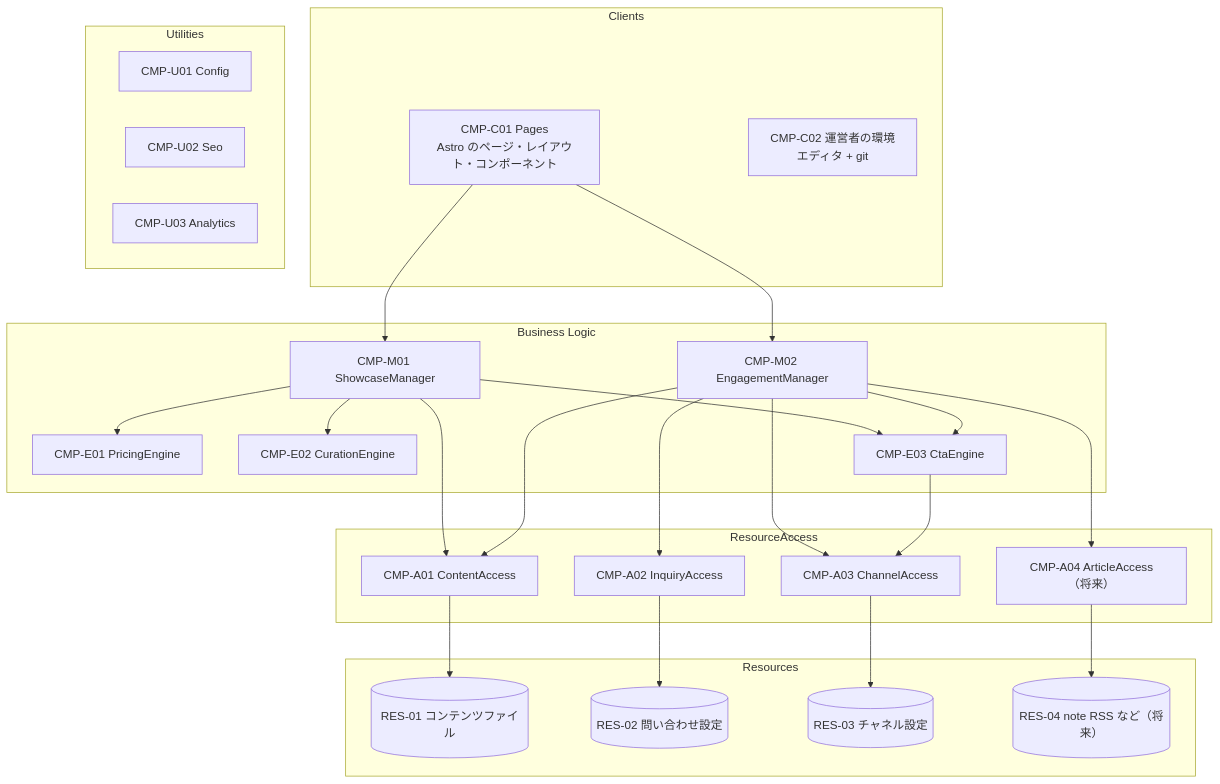
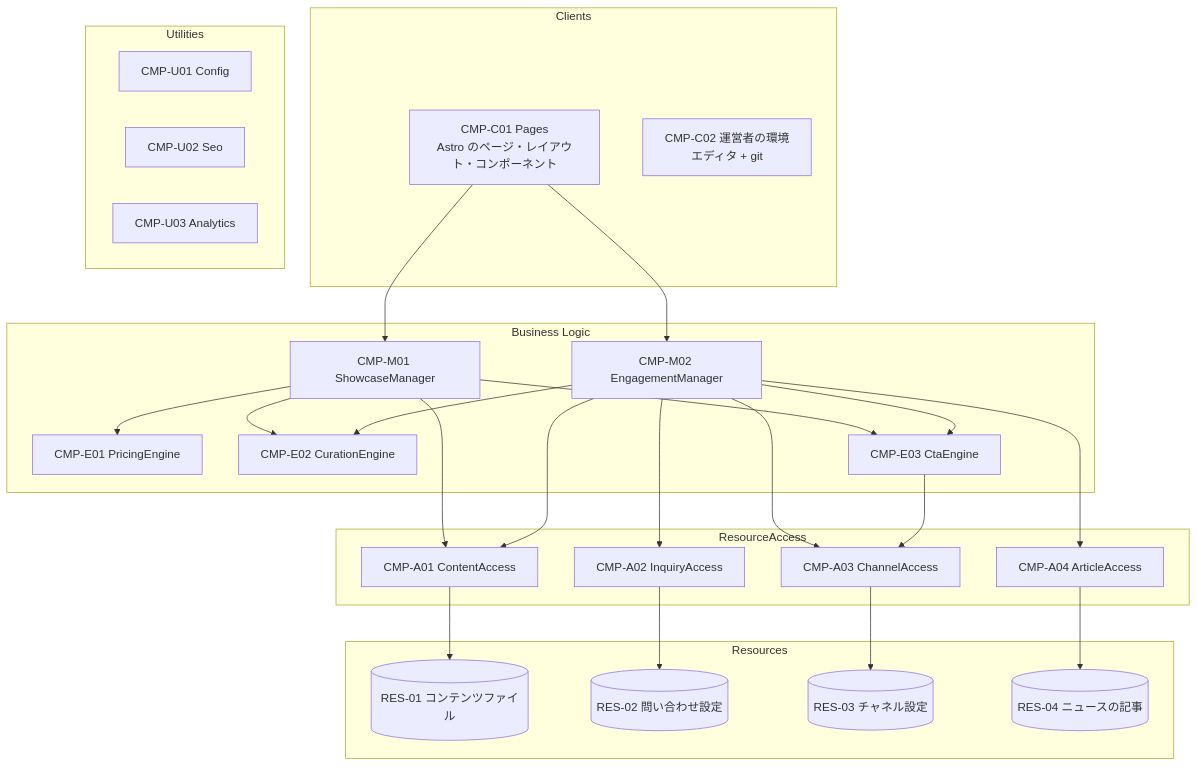
The second of 2 diagrams in docs/01_overview.md (fukugyononuko/fukugyononuko.github.io), drawn with Mermaid before and after one commit. The commit also changed other lines of this file and 6 other files, not shown here.

````diff
--- a/docs/01_overview.md
+++ b/docs/01_overview.md
@@ -63,47 +63,48 @@
 ```mermaid
 flowchart TB
   subgraph CL["Clients"]
     C01["CMP-C01 Pages<br/>Astro のページ・レイアウト・コンポーネント"]
     C02["CMP-C02 運営者の環境<br/>エディタ + git"]
   end
   subgraph BL["Business Logic"]
     M01["CMP-M01 ShowcaseManager"]
     M02["CMP-M02 EngagementManager"]
     E01["CMP-E01 PricingEngine"]
     E02["CMP-E02 CurationEngine"]
     E03["CMP-E03 CtaEngine"]
   end
   subgraph RA["ResourceAccess"]
     A01["CMP-A01 ContentAccess"]
     A02["CMP-A02 InquiryAccess"]
     A03["CMP-A03 ChannelAccess"]
-    A04["CMP-A04 ArticleAccess（将来）"]
+    A04["CMP-A04 ArticleAccess"]
   end
   subgraph RS["Resources"]
     R01[("RES-01 コンテンツファイル")]
     R02[("RES-02 問い合わせ設定")]
     R03[("RES-03 チャネル設定")]
-    R04[("RES-04 note RSS など（将来）")]
+    R04[("RES-04 ニュースの記事")]
   end
   subgraph UT["Utilities"]
     U01["CMP-U01 Config"]
     U02["CMP-U02 Seo"]
     U03["CMP-U03 Analytics"]
   end
   C01 --> M01
   C01 --> M02
   M01 --> E01
   M01 --> E02
   M01 --> E03
+  M02 --> E02
   M02 --> E03
   M01 --> A01
   M02 --> A02
   M02 --> A03
   M02 --> A04
   M02 --> A01
   E03 --> A03
   A01 --> R01
   A02 --> R02
   A03 --> R03
   A04 --> R04
 ```
````
